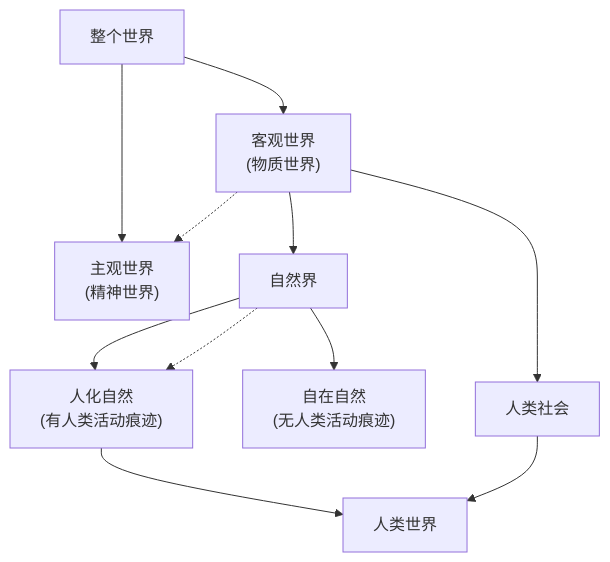
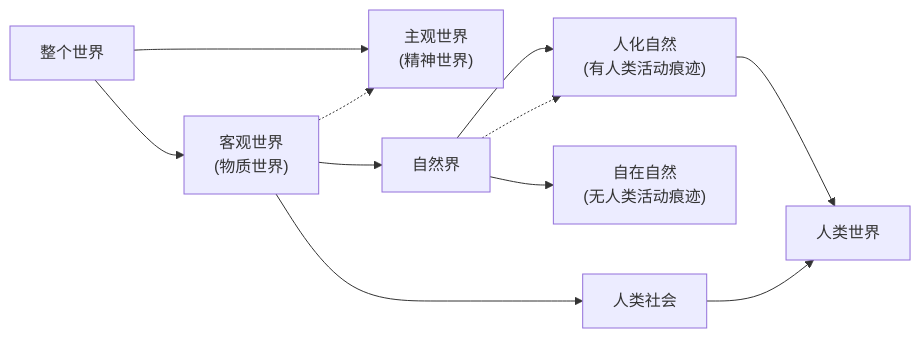
Before and after one commit to DuHaoyang626/national-postgraduate-entrance-exam-notes: the diagram in 04政治/2027 考研政治马原讲义.md, drawn with Mermaid.

Commit message:
Update from Sync Service

````diff
--- a/04政治/2027 考研政治马原讲义.md
+++ b/04政治/2027 考研政治马原讲义.md
@@ -300,18 +300,18 @@
 ```mermaid
-graph TD
+graph LR
     A["整个世界"] --> B["客观世界
 (物质世界)"]
     A --> C["主观世界
 (精神世界)"]
     B --> D["自然界"]
     B --> E["人类社会"]
     D --> F["自在自然
 (无人类活动痕迹)"]
     D --> G["人化自然
 (有人类活动痕迹)"]
     G --> H["人类世界"]
     E --> H
     B -.-> C
     D -.-> G
 
 ```
````
